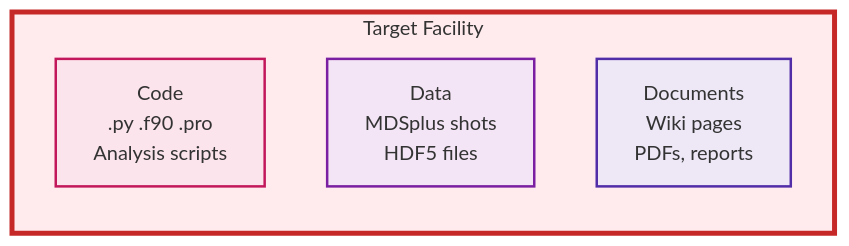
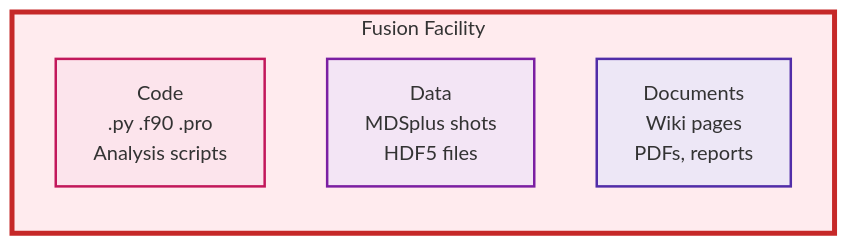
Before and after one commit to iterorganization/imas-mcp: the second of 8 diagrams in docs/architecture/facility-access-justification.md, drawn with Mermaid. The commit also changed other lines of this file, not shown here.

First line of the commit message:
docs: improve facility access justification document

````diff
--- a/docs/architecture/facility-access-justification.md
+++ b/docs/architecture/facility-access-justification.md
@@ -55,21 +89,21 @@
 ```mermaid
 flowchart LR
-    subgraph FACILITY["Target Facility"]
+    subgraph FACILITY["Fusion Facility"]
         CODE["Code
         .py .f90 .pro
         Analysis scripts"]
         
         DATA["Data
         MDSplus shots
         HDF5 files"]
         
         DOCS["Documents
         Wiki pages
         PDFs, reports"]
     end
     
     style FACILITY fill:#ffebee,stroke:#c62828,stroke-width:4px
     style CODE fill:#fce4ec,stroke:#c2185b,stroke-width:2px
     style DATA fill:#f3e5f5,stroke:#7b1fa2,stroke-width:2px
     style DOCS fill:#ede7f6,stroke:#512da8,stroke-width:2px
 ```
````
